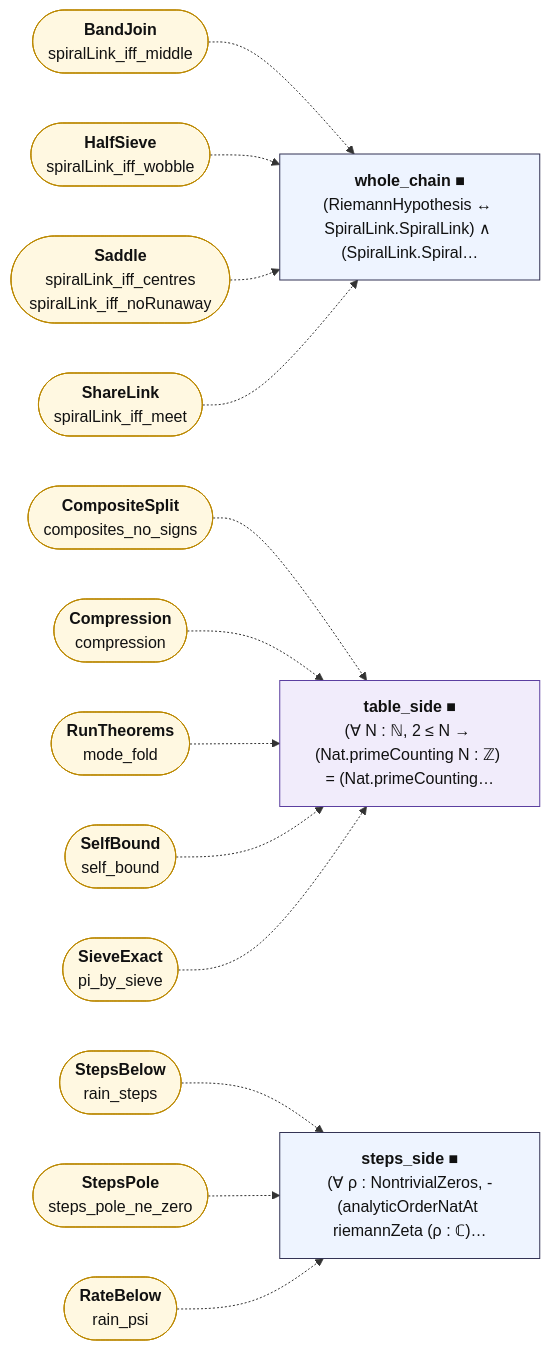
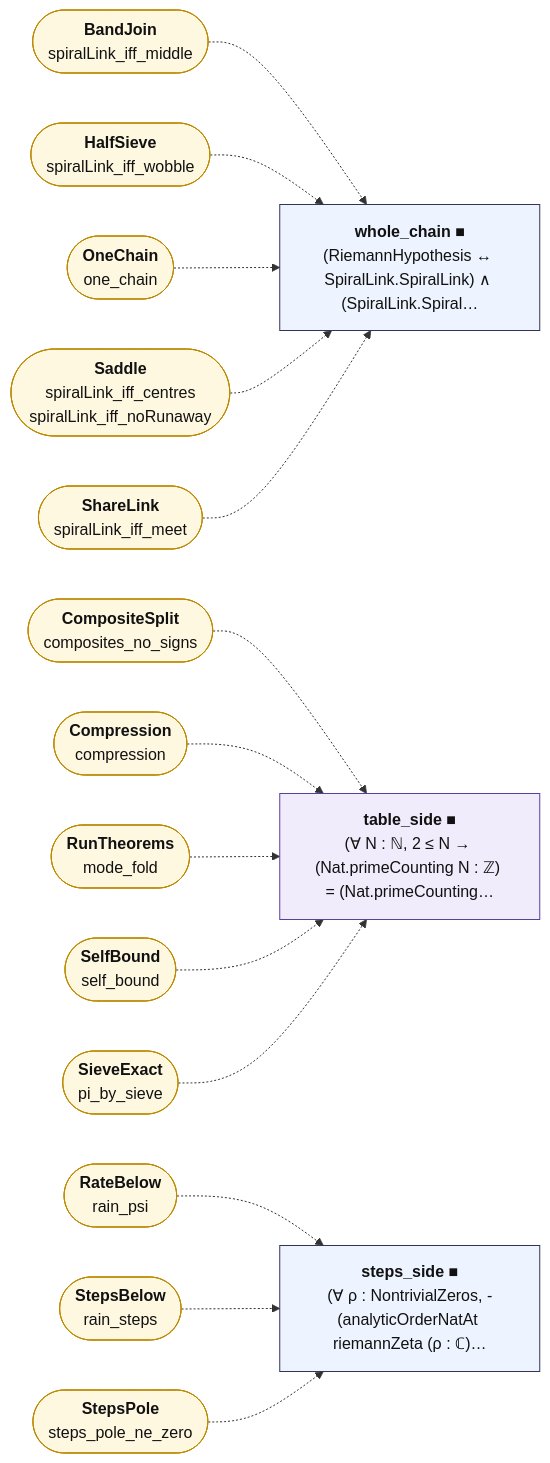
Before and after one commit to juliansambranojr/Primebeat_081426: the diagram in map/lean_stage3/WholeChain.mmd, drawn with Mermaid. The commit also changed 16 other files, not shown here.

```diff
--- a/map/lean_stage3/WholeChain.mmd
+++ b/map/lean_stage3/WholeChain.mmd
@@ -1,36 +1,38 @@
 flowchart LR
   n0["<b>whole_chain ■</b><br/>(RiemannHypothesis ↔ SpiralLink.SpiralLink) ∧ (SpiralLink.Spiral…"]:::thm
   n1["<b>table_side ■</b><br/>(∀ N : ℕ, 2 ≤ N → (Nat.primeCounting N : ℤ) = (Nat.primeCounting…"]:::shp
   n2["<b>steps_side ■</b><br/>(∀ ρ : NontrivialZeros, -(analyticOrderNatAt riemannZeta (ρ : ℂ)…"]:::thm
   x0(["<b>BandJoin</b><br/>spiralLink_iff_middle"]):::ext
   x1(["<b>HalfSieve</b><br/>spiralLink_iff_wobble"]):::ext
-  x2(["<b>Saddle</b><br/>spiralLink_iff_centres<br/>spiralLink_iff_noRunaway"]):::ext
-  x3(["<b>ShareLink</b><br/>spiralLink_iff_meet"]):::ext
-  x4(["<b>CompositeSplit</b><br/>composites_no_signs"]):::ext
-  x5(["<b>Compression</b><br/>compression"]):::ext
-  x6(["<b>RunTheorems</b><br/>mode_fold"]):::ext
-  x7(["<b>SelfBound</b><br/>self_bound"]):::ext
-  x8(["<b>SieveExact</b><br/>pi_by_sieve"]):::ext
-  x9(["<b>RateBelow</b><br/>rain_psi"]):::ext
-  x10(["<b>StepsBelow</b><br/>rain_steps"]):::ext
-  x11(["<b>StepsPole</b><br/>steps_pole_ne_zero"]):::ext
+  x2(["<b>OneChain</b><br/>one_chain"]):::ext
+  x3(["<b>Saddle</b><br/>spiralLink_iff_centres<br/>spiralLink_iff_noRunaway"]):::ext
+  x4(["<b>ShareLink</b><br/>spiralLink_iff_meet"]):::ext
+  x5(["<b>CompositeSplit</b><br/>composites_no_signs"]):::ext
+  x6(["<b>Compression</b><br/>compression"]):::ext
+  x7(["<b>RunTheorems</b><br/>mode_fold"]):::ext
+  x8(["<b>SelfBound</b><br/>self_bound"]):::ext
+  x9(["<b>SieveExact</b><br/>pi_by_sieve"]):::ext
+  x10(["<b>RateBelow</b><br/>rain_psi"]):::ext
+  x11(["<b>StepsBelow</b><br/>rain_steps"]):::ext
+  x12(["<b>StepsPole</b><br/>steps_pole_ne_zero"]):::ext
   x0 -.-> n0
   x1 -.-> n0
   x10 -.-> n2
   x11 -.-> n2
+  x12 -.-> n2
   x2 -.-> n0
   x3 -.-> n0
-  x4 -.-> n1
+  x4 -.-> n0
   x5 -.-> n1
   x6 -.-> n1
   x7 -.-> n1
   x8 -.-> n1
-  x9 -.-> n2
+  x9 -.-> n1
   classDef cnt fill:#dff5ec,stroke:#17694a,color:#111
   classDef shp fill:#f1ecfb,stroke:#5b3fa0,color:#111
   classDef rh fill:#ffe5e5,stroke:#c22,color:#111,stroke-width:2px
   classDef thm fill:#eef4ff,stroke:#335,color:#111
   classDef end_ fill:#e7f7e7,stroke:#2a7,color:#111,stroke-width:2px
   classDef lone fill:#fff,stroke:#999,color:#111,stroke-dasharray:4 3
   classDef bad fill:#ffe5e5,stroke:#c22,color:#111,stroke-width:2px
   classDef ext fill:#fff8e1,stroke:#b80,color:#111
```
